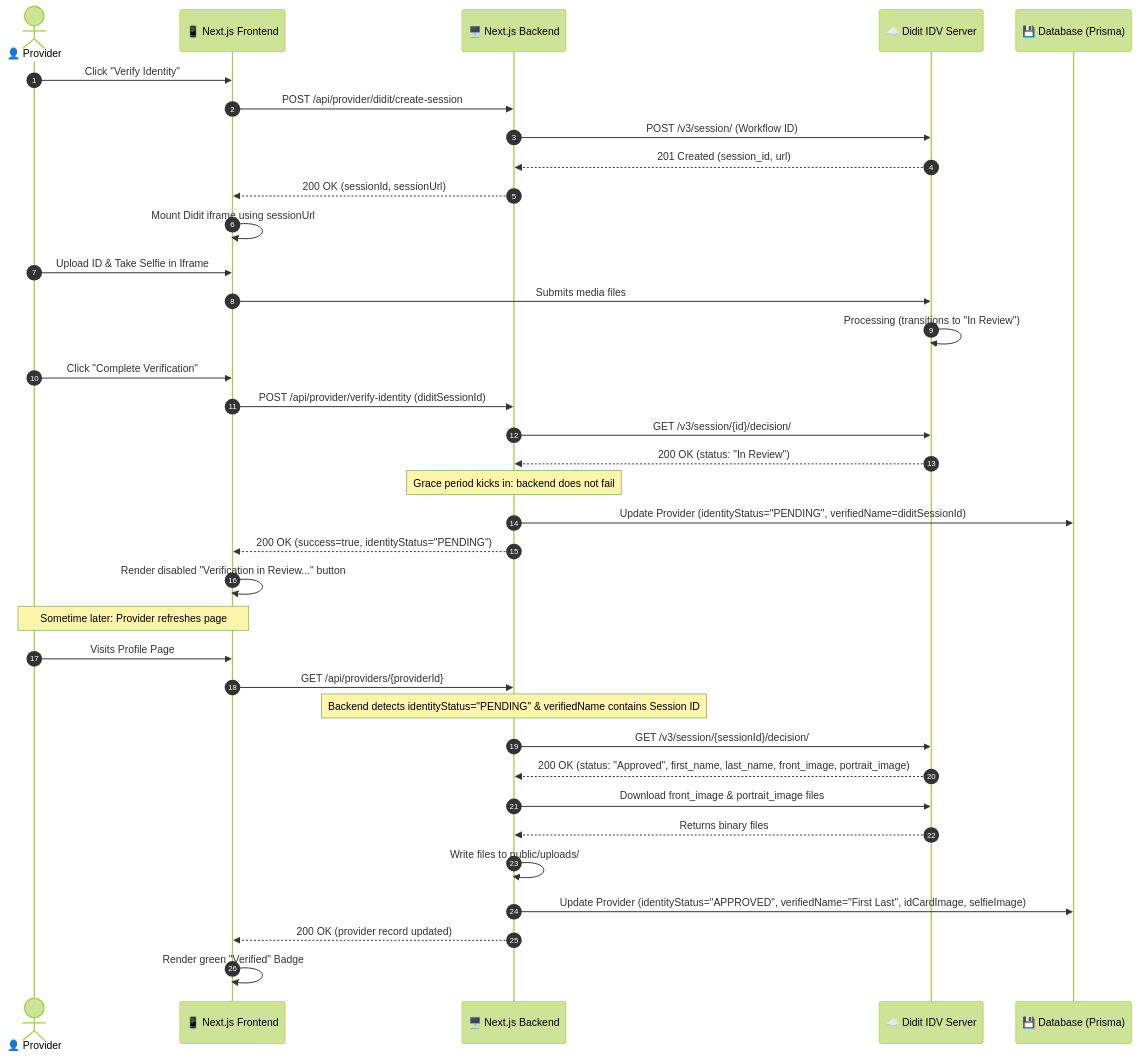
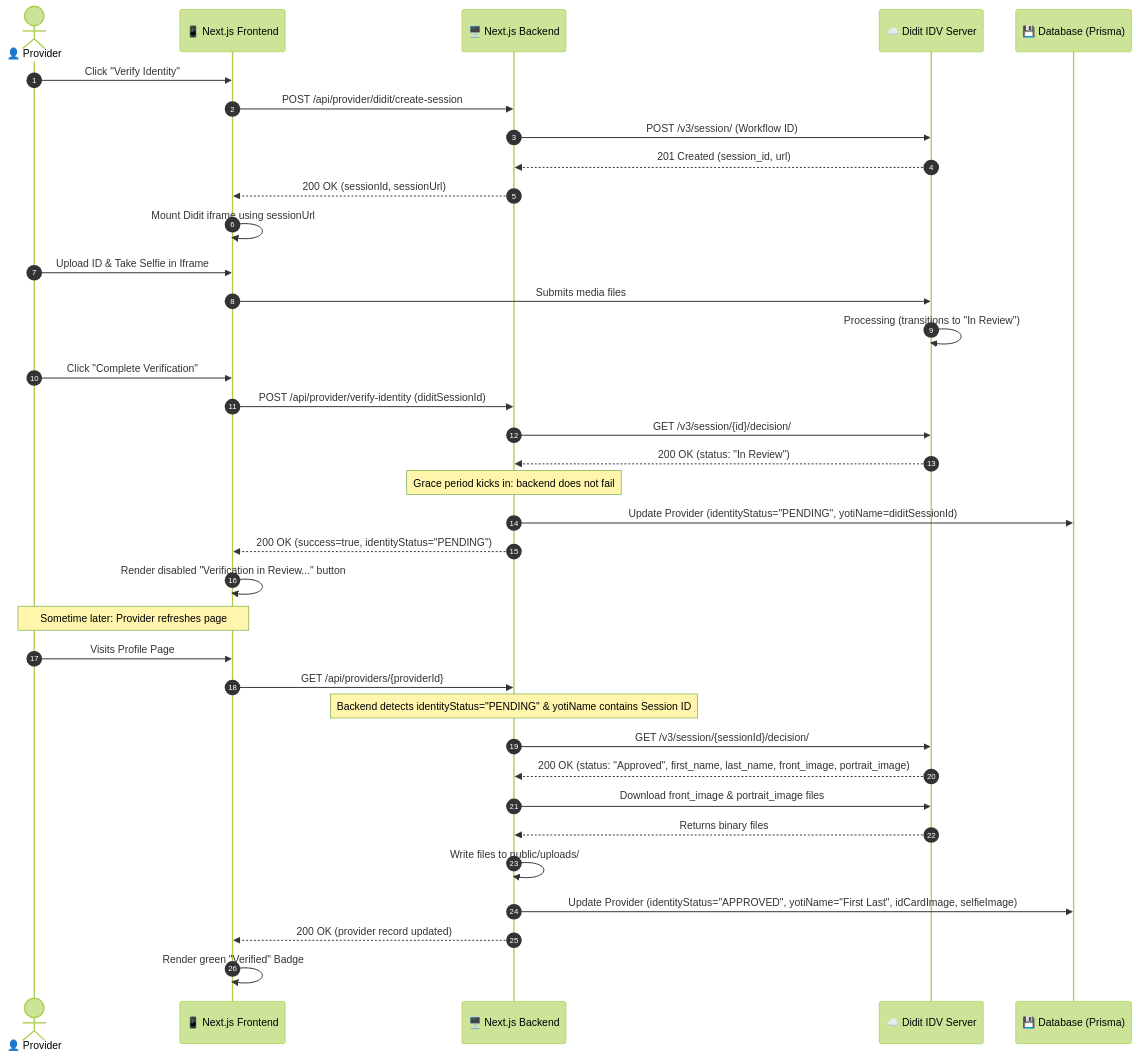
One commit to younnesse/qantara_local changed the third of 4 diagrams in uml_diagrams.md. Above: the diagram before and after it, drawn with Mermaid (forest theme). The commit also changed other lines of this file, not shown here.

Commit message:
docs: update architecture and sequence diagrams to include QR code pathway

````diff
--- a/uml_diagrams.md
+++ b/uml_diagrams.md
@@ -199,49 +211,49 @@
 ```mermaid
 sequenceDiagram
     autonumber
     actor Provider as 👤 Provider
     participant FE as 📱 Next.js Frontend
     participant BE as 🖥️ Next.js Backend
     participant Didit as ☁️ Didit IDV Server
     participant DB as 💾 Database (Prisma)
 
     %% Session Creation
     Provider->>FE: Click "Verify Identity"
     FE->>BE: POST /api/provider/didit/create-session
     BE->>Didit: POST /v3/session/ (Workflow ID)
     Didit-->>BE: 201 Created (session_id, url)
     BE-->>FE: 200 OK (sessionId, sessionUrl)
     FE->>FE: Mount Didit iframe using sessionUrl
 
     %% Provider interaction
     Provider->>FE: Upload ID & Take Selfie in Iframe
     FE->>Didit: Submits media files
     Didit->>Didit: Processing (transitions to "In Review")
 
     %% Submission
     Provider->>FE: Click "Complete Verification"
     FE->>BE: POST /api/provider/verify-identity (diditSessionId)
     BE->>Didit: GET /v3/session/{id}/decision/
     Didit-->>BE: 200 OK (status: "In Review")
     
     note over BE: Grace period kicks in: backend does not fail
-    BE->>DB: Update Provider (identityStatus="PENDING", verifiedName=diditSessionId)
+    BE->>DB: Update Provider (identityStatus="PENDING", yotiName=diditSessionId)
     BE-->>FE: 200 OK (success=true, identityStatus="PENDING")
     FE->>FE: Render disabled "Verification in Review..." button
 
     %% Background Lazy Poll
     note over Provider, FE: Sometime later: Provider refreshes page
     Provider->>FE: Visits Profile Page
     FE->>BE: GET /api/providers/{providerId}
     
-    note over BE: Backend detects identityStatus="PENDING" & verifiedName contains Session ID
+    note over BE: Backend detects identityStatus="PENDING" & yotiName contains Session ID
     BE->>Didit: GET /v3/session/{sessionId}/decision/
     Didit-->>BE: 200 OK (status: "Approved", first_name, last_name, front_image, portrait_image)
     
     BE->>Didit: Download front_image & portrait_image files
     Didit-->>BE: Returns binary files
     BE->>BE: Write files to public/uploads/
-    BE->>DB: Update Provider (identityStatus="APPROVED", verifiedName="First Last", idCardImage, selfieImage)
+    BE->>DB: Update Provider (identityStatus="APPROVED", yotiName="First Last", idCardImage, selfieImage)
     BE-->>FE: 200 OK (provider record updated)
     FE->>FE: Render green "Verified" Badge
 ```
````
